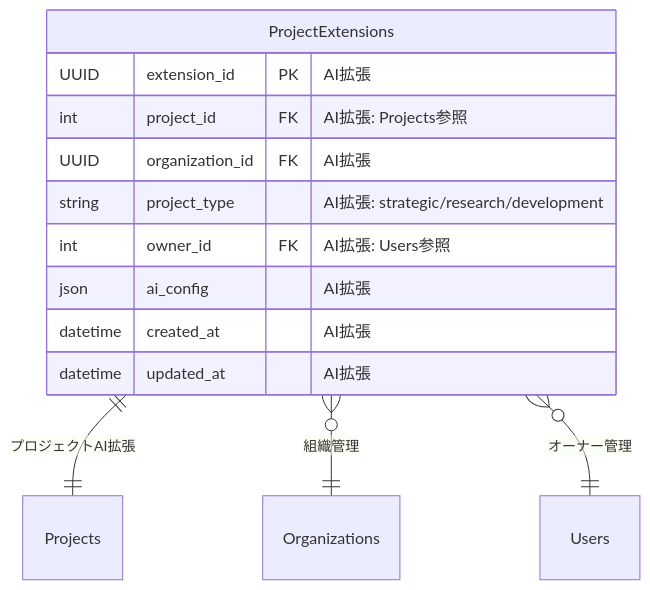
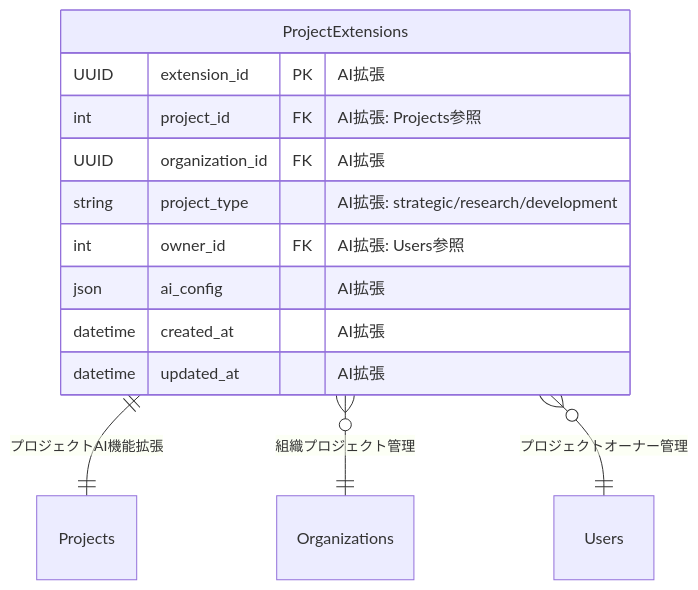
The ninth of 29 diagrams in docs/030000_設計/035000_データ設計/035010_ER図.md (daichiTAAA/AgentOpsPlatform), drawn with Mermaid before and after one commit. The commit also changed other lines of this file, not shown here.

````diff
--- a/docs/030000_設計/035000_データ設計/035010_ER図.md
+++ b/docs/030000_設計/035000_データ設計/035010_ER図.md
@@ -398,17 +551,17 @@
 ```mermaid
 erDiagram
     %% AI拡張テーブル（新規追加）
     ProjectExtensions {
         UUID extension_id PK "AI拡張"
         int project_id FK "AI拡張: Projects参照"
         UUID organization_id FK "AI拡張"
         string project_type "AI拡張: strategic/research/development"
         int owner_id FK "AI拡張: Users参照"
         json ai_config "AI拡張"
         datetime created_at "AI拡張"
         datetime updated_at "AI拡張"
     }
-    ProjectExtensions ||--|| Projects : "プロジェクトAI拡張"
-    ProjectExtensions }o--|| Organizations : "組織管理"
-    ProjectExtensions }o--|| Users : "オーナー管理"
+    ProjectExtensions ||--|| Projects : "プロジェクトAI機能拡張"
+    ProjectExtensions }o--|| Organizations : "組織プロジェクト管理"
+    ProjectExtensions }o--|| Users : "プロジェクトオーナー管理"
 ```
````
